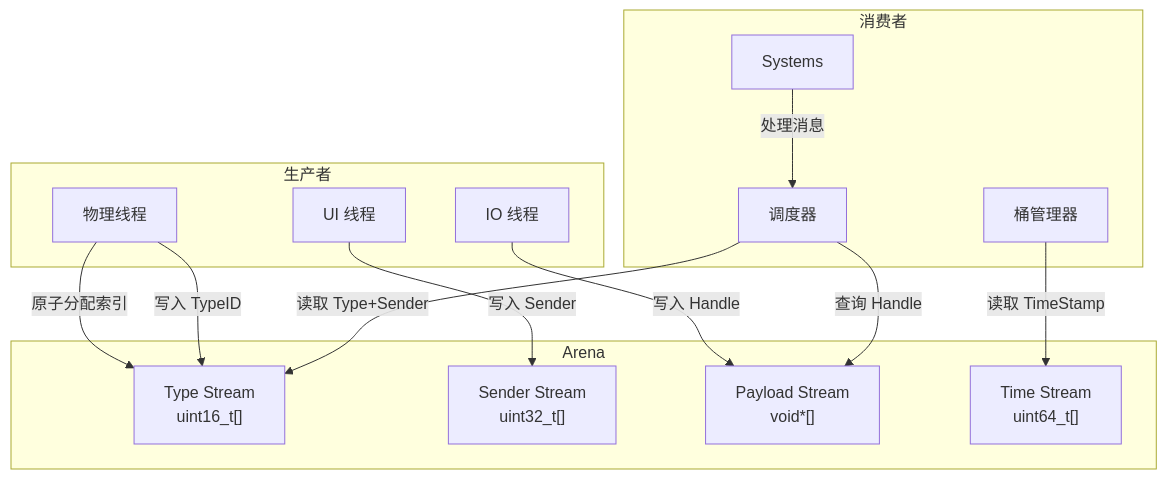
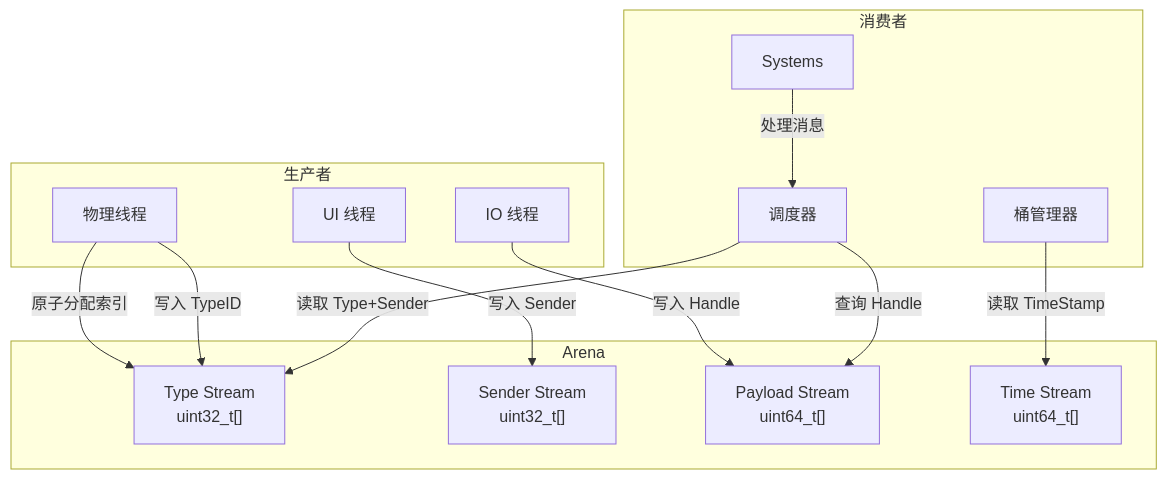
Before and after one commit to Gunxzq/blog: the diagram in src/posts/DX12Engine/EventSystem/MessageArena.md, drawn with Mermaid. The commit also changed other lines of this file and 5 other files, not shown here.

````diff
--- a/src/posts/DX12Engine/EventSystem/MessageArena.md
+++ b/src/posts/DX12Engine/EventSystem/MessageArena.md
@@ -19,30 +19,30 @@
 ```mermaid
 graph TB
     subgraph 生产者
         PT["物理线程"]
         UT["UI 线程"]
         IO["IO 线程"]
     end
 
     subgraph Arena
-        TYPE["Type Stream<br/>uint16_t[]"]
+        TYPE["Type Stream<br/>uint32_t[]"]
         SENDER["Sender Stream<br/>uint32_t[]"]
-        PAYLOAD["Payload Stream<br/>void*[]"]
+        PAYLOAD["Payload Stream<br/>uint64_t[]"]
         TIME["Time Stream<br/>uint64_t[]"]
     end
 
     subgraph 消费者
         BM["桶管理器"]
         SCHED["调度器"]
         SYS["Systems"]
     end
 
     PT -->|"原子分配索引"| TYPE
     PT -->|"写入 TypeID"| TYPE
     UT -->|"写入 Sender"| SENDER
     IO -->|"写入 Handle"| PAYLOAD
     BM -->|"读取 TimeStamp"| TIME
     SCHED -->|"读取 Type+Sender"| TYPE
     SCHED -->|"查询 Handle"| PAYLOAD
     SYS -->|"处理消息"| SCHED
 ```
````
